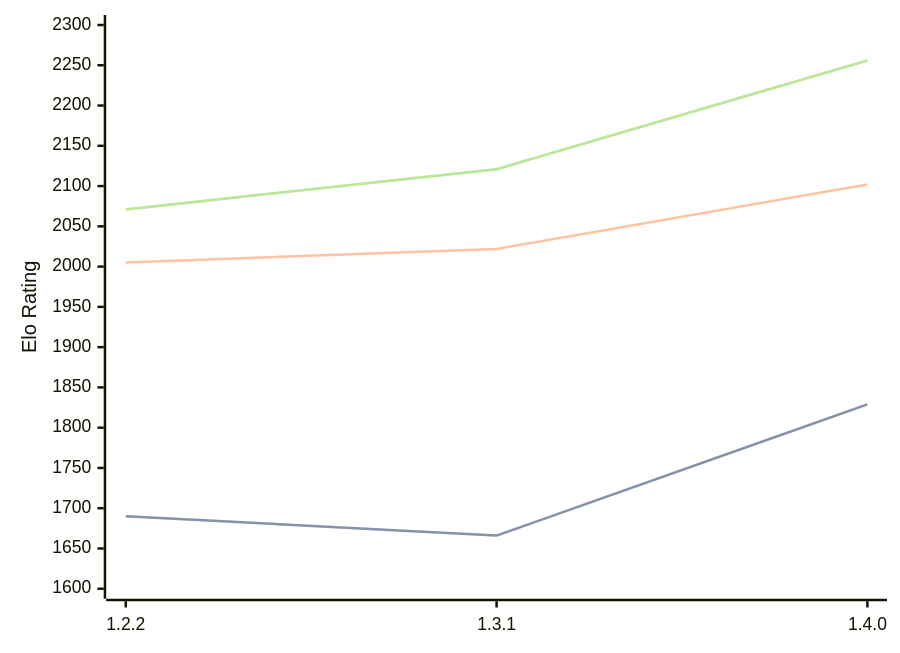
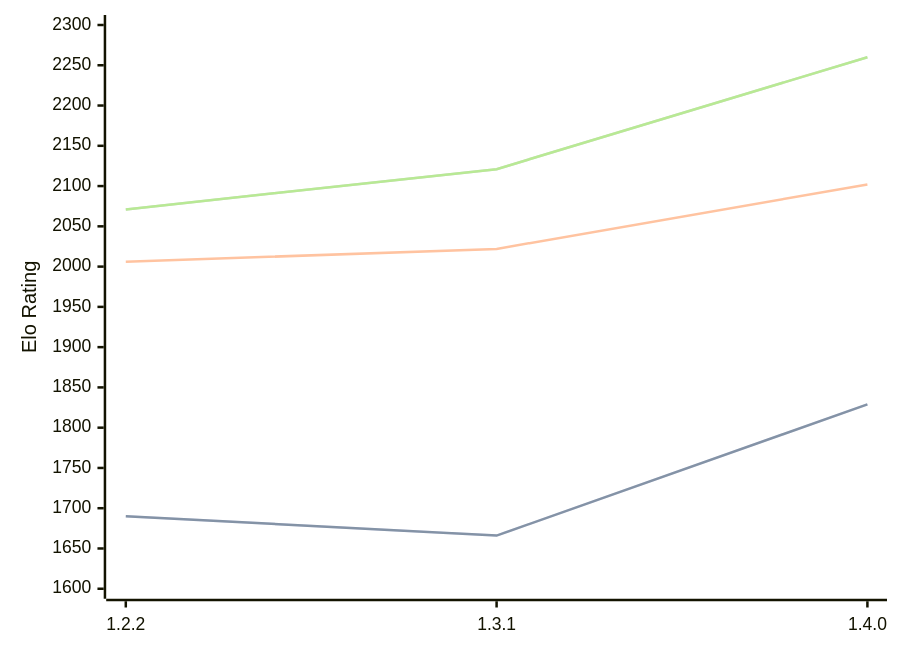
One commit to computer-chess-index/cci changed the diagram in engines/SoloEngine.md. Above: the diagram before and after it, drawn with Mermaid. The commit also changed other lines of this file, not shown here.

Commit message:
Update CCI Ratings (ELO VLTC) - 2026-02-17

````diff
--- a/engines/SoloEngine.md
+++ b/engines/SoloEngine.md
@@ -30,11 +30,11 @@
 ```mermaid
 %%{init: {"theme":"base","themeVariables":{"seriesColors:['#a3a3a3','#222221','#faa371']}}}%%
 xychart-beta
   x-axis ["1.2.2", "1.3.1", "1.4.0"]
   y-axis "Elo Rating" 1600 --> 2300
   line "STC (8.0+0.08s)" [1690, 1666, 1829]
   line "STC (8.0+0.08s)" [1690, 1666, 1829]
-  line "LTC (60.0+0.60s)" [2005, 2022, 2102]
-  line "VLTC (2m24s+1.12s)" [2071, 2121, 2256]
-  line "VLTC (2m24s+1.12s)" [2071, 2121, 2256]
+  line "LTC (60.0+0.60s)" [2006, 2022, 2102]
+  line "VLTC (2m24s+1.12s)" [2071, 2121, 2260]
+  line "VLTC (2m24s+1.12s)" [2071, 2121, 2260]
 ```
````
